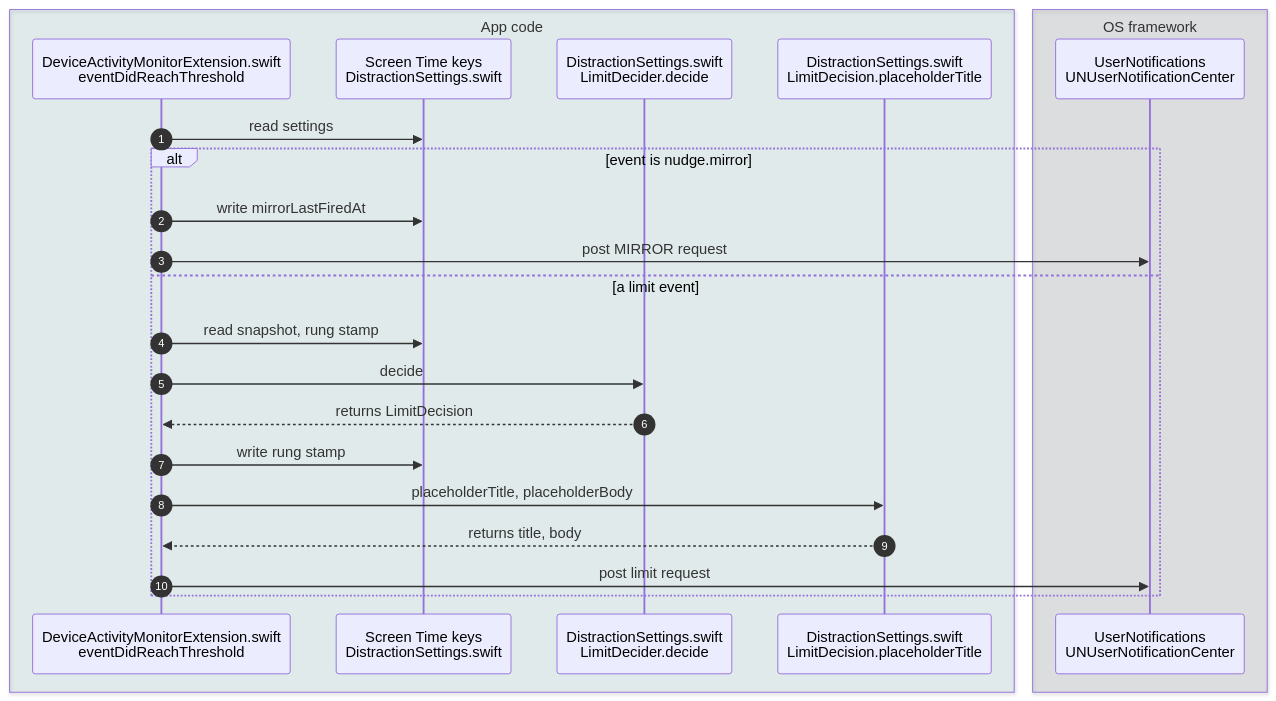
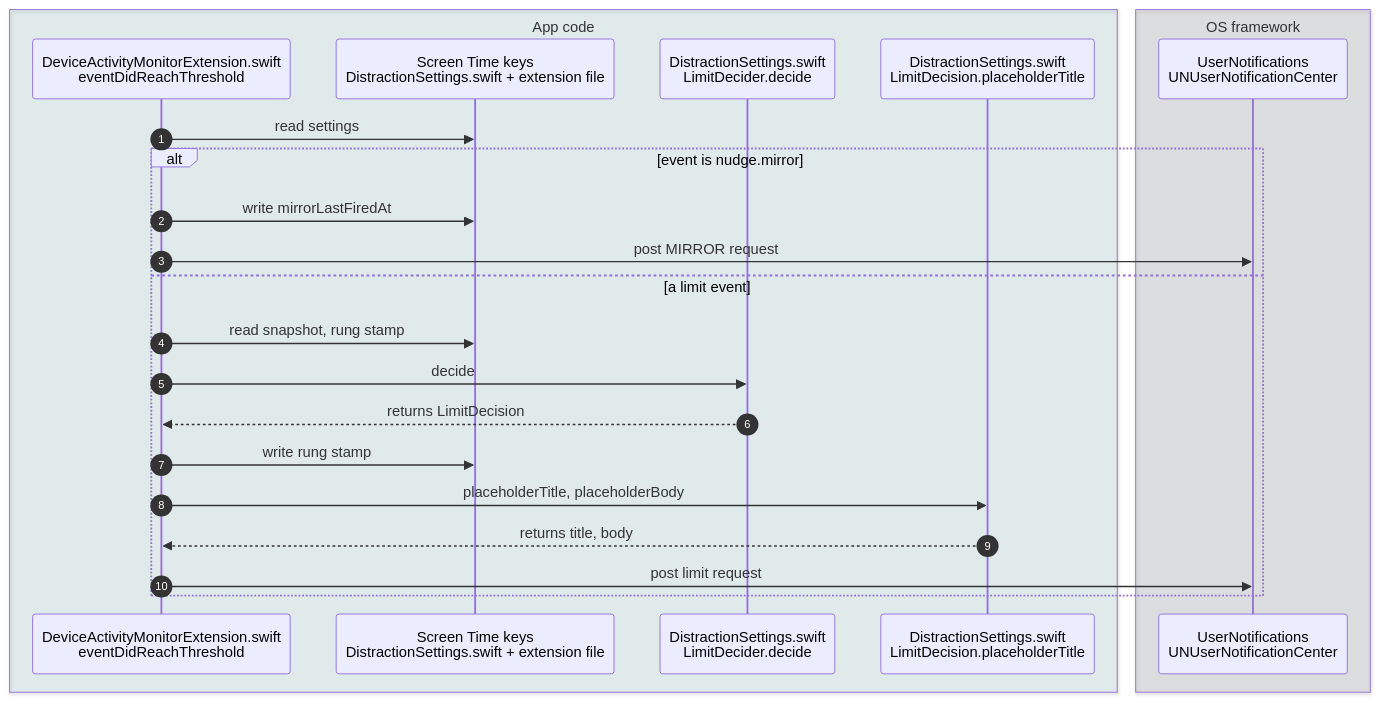
The diagram in docs/diagrams/copy-sequence-9-screentime.mmd (deblaseroman/nudge-app), drawn with Mermaid before and after one commit. The commit also changed 30 other files, not shown here.

First line of the commit message:
Diagrams: fix drift-report section G and the A-21, A-36 diagram lines

```diff
--- a/docs/diagrams/copy-sequence-9-screentime.mmd
+++ b/docs/diagrams/copy-sequence-9-screentime.mmd
@@ -1,26 +1,26 @@
 %% artifact: https://claude.ai/artifact/WgLAqHrYF5A5fdF1mef85X
 %% commit ede6774 · stage 9: the Screen Time extension. iOS calls eventDidReachThreshold; the mirror event posts one fixed pair of strings, a limit event posts the pair LimitDecider picks. The strings are a table on the page.
 sequenceDiagram
   autonumber
   box rgba(14,111,111,0.10) App code
     participant EXT as DeviceActivityMonitorExtension.swift<br/>eventDidReachThreshold
-    participant KEYS as Screen Time keys<br/>DistractionSettings.swift
+    participant KEYS as Screen Time keys<br/>DistractionSettings.swift + extension file
     participant DECIDE as DistractionSettings.swift<br/>LimitDecider.decide
     participant TEXT as DistractionSettings.swift<br/>LimitDecision.placeholderTitle
   end
   box rgba(93,100,113,0.16) OS framework
     participant UNC as UserNotifications<br/>UNUserNotificationCenter
   end
   EXT->>KEYS: read settings
   alt event is nudge.mirror
     EXT->>KEYS: write mirrorLastFiredAt
     EXT->>UNC: post MIRROR request
   else a limit event
     EXT->>KEYS: read snapshot, rung stamp
     EXT->>DECIDE: decide
     DECIDE-->>EXT: returns LimitDecision
     EXT->>KEYS: write rung stamp
     EXT->>TEXT: placeholderTitle, placeholderBody
     TEXT-->>EXT: returns title, body
     EXT->>UNC: post limit request
   end
```
